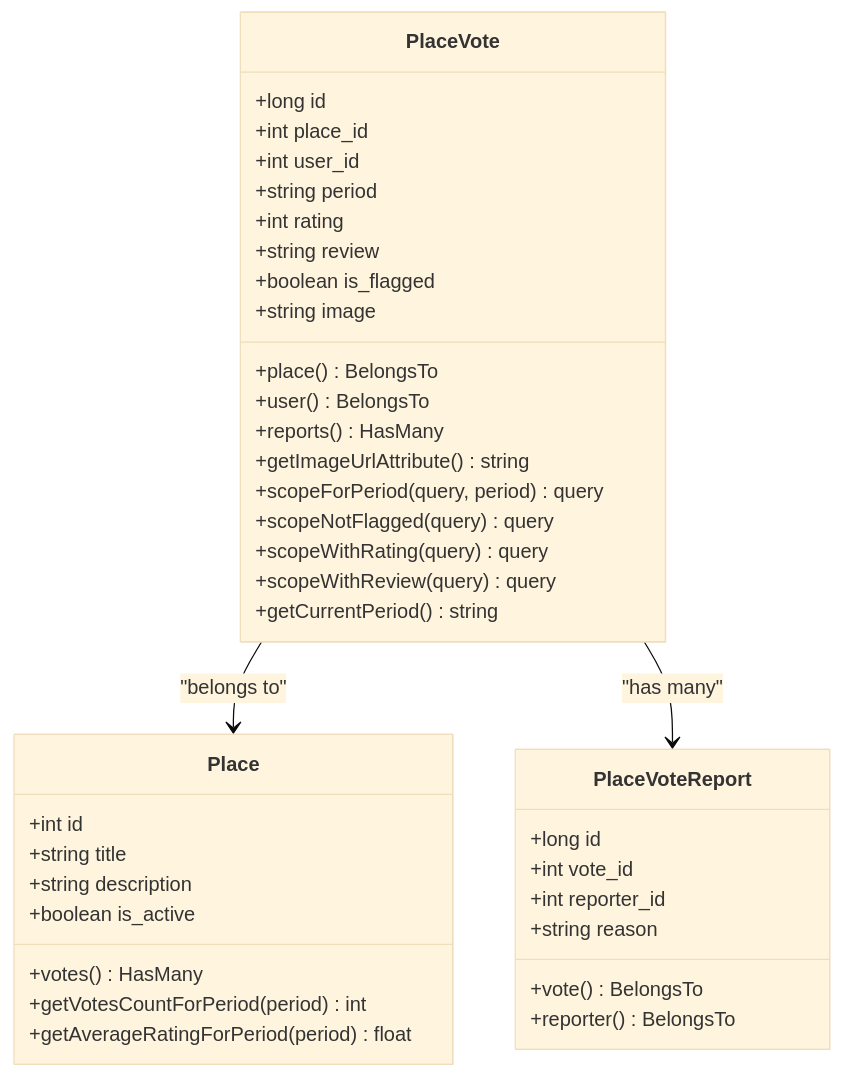
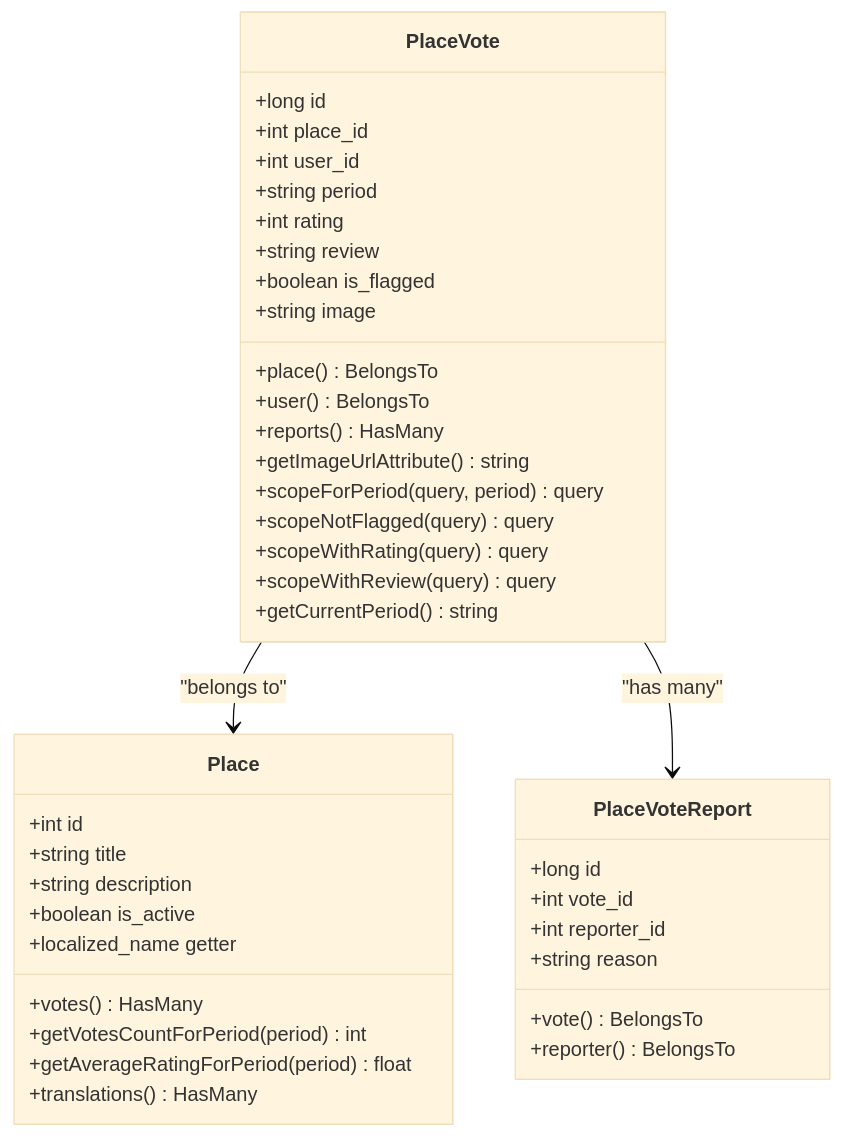
The third of 8 diagrams in .qoder/repowiki/en/content/Business Modules/PlacesToVisit Module/Voting and Rating System.md (Hamdies/waddy_back), drawn with Mermaid (base theme) before and after one commit. The commit also changed other lines of this file and 4 other files, not shown here.

````diff
--- a/.qoder/repowiki/en/content/Business Modules/PlacesToVisit Module/Voting and Rating System.md
+++ b/.qoder/repowiki/en/content/Business Modules/PlacesToVisit Module/Voting and Rating System.md
@@ -158,41 +186,43 @@
 ```mermaid
 classDiagram
 class Place {
 +int id
 +string title
 +string description
 +boolean is_active
 +votes() HasMany
 +getVotesCountForPeriod(period) int
 +getAverageRatingForPeriod(period) float
++translations() HasMany
++localized_name getter
 }
 class PlaceVote {
 +long id
 +int place_id
 +int user_id
 +string period
 +int rating
 +string review
 +boolean is_flagged
 +string image
 +place() BelongsTo
 +user() BelongsTo
 +reports() HasMany
 +getImageUrlAttribute() string
 +scopeForPeriod(query, period) query
 +scopeNotFlagged(query) query
 +scopeWithRating(query) query
 +scopeWithReview(query) query
 +getCurrentPeriod() string
 }
 class PlaceVoteReport {
 +long id
 +int vote_id
 +int reporter_id
 +string reason
 +vote() BelongsTo
 +reporter() BelongsTo
 }
 PlaceVote --> Place : "belongs to"
 PlaceVote --> PlaceVoteReport : "has many"
 ```
````
